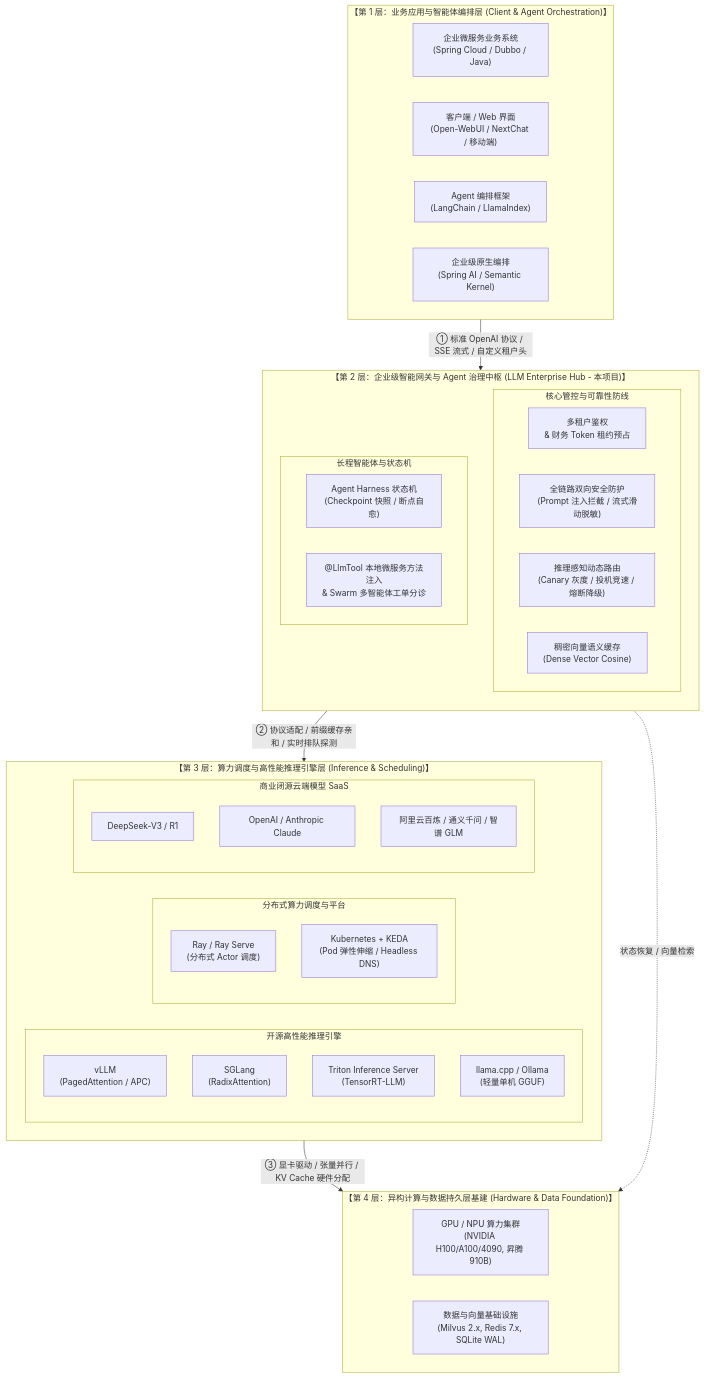
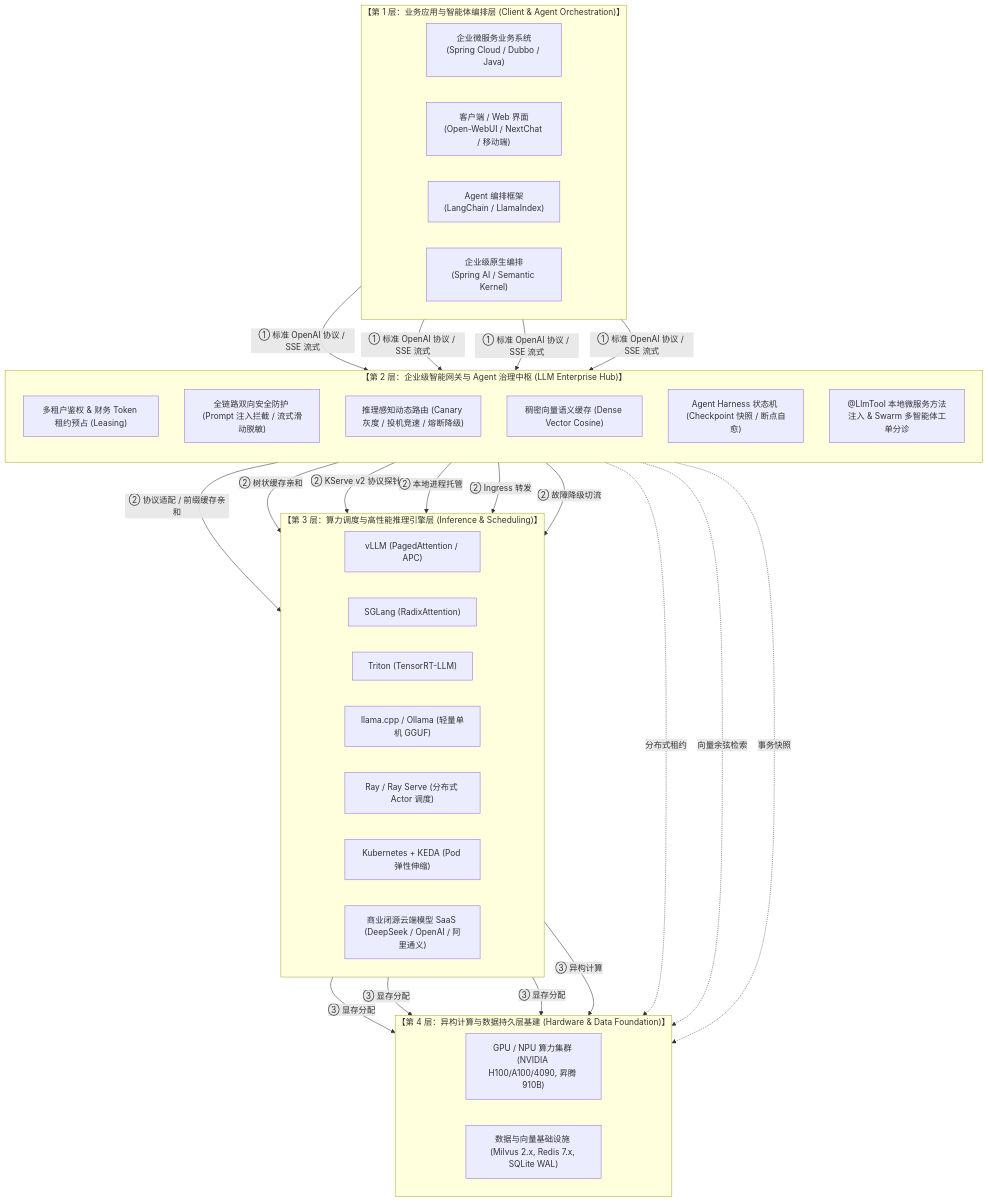
Before and after one commit to u8u7u87/llm-enterprise-hub: the first of 5 diagrams in docs/ecosystem-positioning.md, drawn with Mermaid. The commit also changed other lines of this file and 3 other files, not shown here.

Commit message:
fix(docs): resolve Unable to render rich display error by standardizing all Mermaid diagrams to robust node-based flowcharts and sequence diagrams

````diff
--- a/docs/ecosystem-positioning.md
+++ b/docs/ecosystem-positioning.md
@@ -20,54 +20,58 @@
 ```mermaid
 flowchart TD
     subgraph L1["【第 1 层：业务应用与智能体编排层 (Client & Agent Orchestration)】"]
         direction LR
         App1["企业微服务业务系统<br>(Spring Cloud / Dubbo / Java)"]
         App2["客户端 / Web 界面<br>(Open-WebUI / NextChat / 移动端)"]
         Framework1["Agent 编排框架<br>(LangChain / LlamaIndex)"]
         Framework2["企业级原生编排<br>(Spring AI / Semantic Kernel)"]
     end
 
-    subgraph L2["【第 2 层：企业级智能网关与 Agent 治理中枢 (LLM Enterprise Hub - 本项目)】"]
+    subgraph L2["【第 2 层：企业级智能网关与 Agent 治理中枢 (LLM Enterprise Hub)】"]
         direction TB
-        subgraph GatewayCore["核心管控与可靠性防线"]
-            Auth["多租户鉴权<br>& 财务 Token 租约预占"]
-            DLP["全链路双向安全防护<br>(Prompt 注入拦截 / 流式滑动脱敏)"]
-            Router["推理感知动态路由<br>(Canary 灰度 / 投机竞速 / 熔断降级)"]
-            Cache["稠密向量语义缓存<br>(Dense Vector Cosine)"]
-        end
-        subgraph HarnessCore["长程智能体与状态机"]
-            Harness["Agent Harness 状态机<br>(Checkpoint 快照 / 断点自愈)"]
-            ToolHub["@LlmTool 本地微服务方法注入<br>& Swarm 多智能体工单分诊"]
-        end
+        Auth["多租户鉴权 & 财务 Token 租约预占 (Leasing)"]
+        DLP["全链路双向安全防护 (Prompt 注入拦截 / 流式滑动脱敏)"]
+        Router["推理感知动态路由 (Canary 灰度 / 投机竞速 / 熔断降级)"]
+        Cache["稠密向量语义缓存 (Dense Vector Cosine)"]
+        Harness["Agent Harness 状态机 (Checkpoint 快照 / 断点自愈)"]
+        ToolHub["@LlmTool 本地微服务方法注入 & Swarm 多智能体工单分诊"]
     end
 
     subgraph L3["【第 3 层：算力调度与高性能推理引擎层 (Inference & Scheduling)】"]
         direction LR
-        subgraph LocalEngines["开源高性能推理引擎"]
-            vLLM["vLLM<br>(PagedAttention / APC)"]
-            SGLang["SGLang<br>(RadixAttention)"]
-            Triton["Triton Inference Server<br>(TensorRT-LLM)"]
-            CppEngines["llama.cpp / Ollama<br>(轻量单机 GGUF)"]
-        end
-        subgraph ClusterSchedulers["分布式算力调度与平台"]
-            Ray["Ray / Ray Serve<br>(分布式 Actor 调度)"]
-            K8s["Kubernetes + KEDA<br>(Pod 弹性伸缩 / Headless DNS)"]
-        end
-        subgraph CloudAPIs["商业闭源云端模型 SaaS"]
-            DeepSeek["DeepSeek-V3 / R1"]
-            OpenAI["OpenAI / Anthropic Claude"]
-            Qwen["阿里云百炼 / 通义千问 / 智谱 GLM"]
-        end
+        vLLM["vLLM (PagedAttention / APC)"]
+        SGLang["SGLang (RadixAttention)"]
+        Triton["Triton (TensorRT-LLM)"]
+        CppEngines["llama.cpp / Ollama (轻量单机 GGUF)"]
+        Ray["Ray / Ray Serve (分布式 Actor 调度)"]
+        K8s["Kubernetes + KEDA (Pod 弹性伸缩)"]
+        CloudAPIs["商业闭源云端模型 SaaS (DeepSeek / OpenAI / 阿里通义)"]
     end
 
     subgraph L4["【第 4 层：异构计算与数据持久层基建 (Hardware & Data Foundation)】"]
         direction LR
-        HW["GPU / NPU 算力集群<br>(NVIDIA H100/A100/4090, 昇腾 910B)"]
-        Storage["数据与向量基础设施<br>(Milvus 2.x, Redis 7.x, SQLite WAL)"]
+        HW["GPU / NPU 算力集群 (NVIDIA H100/A100/4090, 昇腾 910B)"]
+        Storage["数据与向量基础设施 (Milvus 2.x, Redis 7.x, SQLite WAL)"]
     end
 
-    L1 -->|"① 标准 OpenAI 协议 / SSE 流式 / 自定义租户头"| L2
-    L2 -->|"② 协议适配 / 前缀缓存亲和 / 实时排队探测"| L3
-    L3 -->|"③ 显卡驱动 / 张量并行 / KV Cache 硬件分配"| L4
-    L2 -.->|"状态恢复 / 向量检索"| Storage
+    App1 -->|"① 标准 OpenAI 协议 / SSE 流式"| Auth
+    App2 -->|"① 标准 OpenAI 协议 / SSE 流式"| Auth
+    Framework1 -->|"① 标准 OpenAI 协议 / SSE 流式"| Auth
+    Framework2 -->|"① 标准 OpenAI 协议 / SSE 流式"| Auth
+
+    Router -->|"② 协议适配 / 前缀缓存亲和"| vLLM
+    Router -->|"② 树状缓存亲和"| SGLang
+    Router -->|"② KServe v2 协议探针"| Triton
+    Router -->|"② 本地进程托管"| CppEngines
+    Router -->|"② Ingress 转发"| Ray
+    Router -->|"② 故障降级切流"| CloudAPIs
+
+    vLLM -->|"③ 显存分配"| HW
+    SGLang -->|"③ 显存分配"| HW
+    Triton -->|"③ 显存分配"| HW
+    Ray -->|"③ 异构计算"| HW
+
+    Auth -.->|"分布式租约"| Storage
+    Cache -.->|"向量余弦检索"| Storage
+    Harness -.->|"事务快照"| Storage
 ```
````
